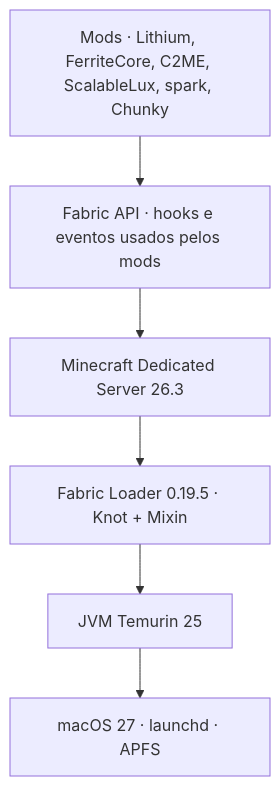
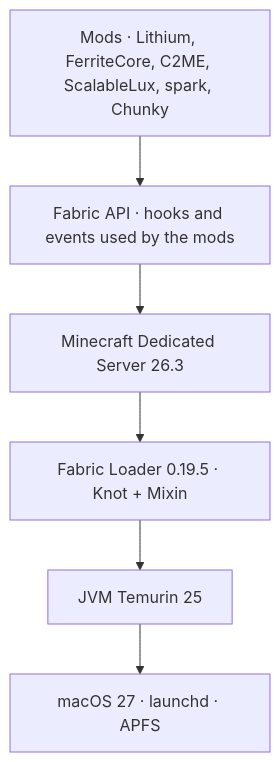
The first of 2 diagrams in docs/STACK.md (Nic-Soares/minecraft-fabric-server), drawn with Mermaid before and after one commit. The commit also changed other lines of this file and 26 other files, not shown here.

````diff
--- a/docs/STACK.md
+++ b/docs/STACK.md
@@ -27,11 +27,11 @@
 ```mermaid
 flowchart TB
   mods["Mods · Lithium, FerriteCore, C2ME, ScalableLux, spark, Chunky"]
-  fapi["Fabric API · hooks e eventos usados pelos mods"]
+  fapi["Fabric API · hooks and events used by the mods"]
   mc["Minecraft Dedicated Server 26.3"]
   loader["Fabric Loader 0.19.5 · Knot + Mixin"]
   jvm["JVM Temurin 25"]
   os["macOS 27 · launchd · APFS"]
 
   mods --> fapi --> mc --> loader --> jvm --> os
 ```
````
